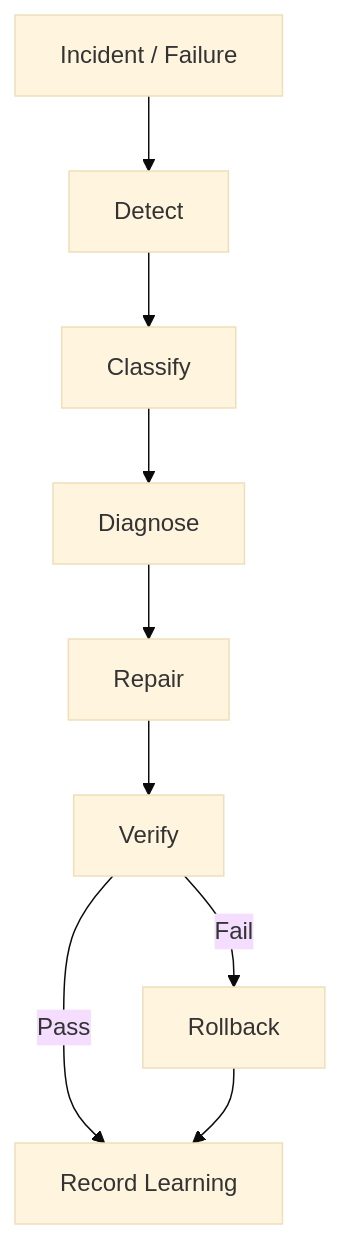
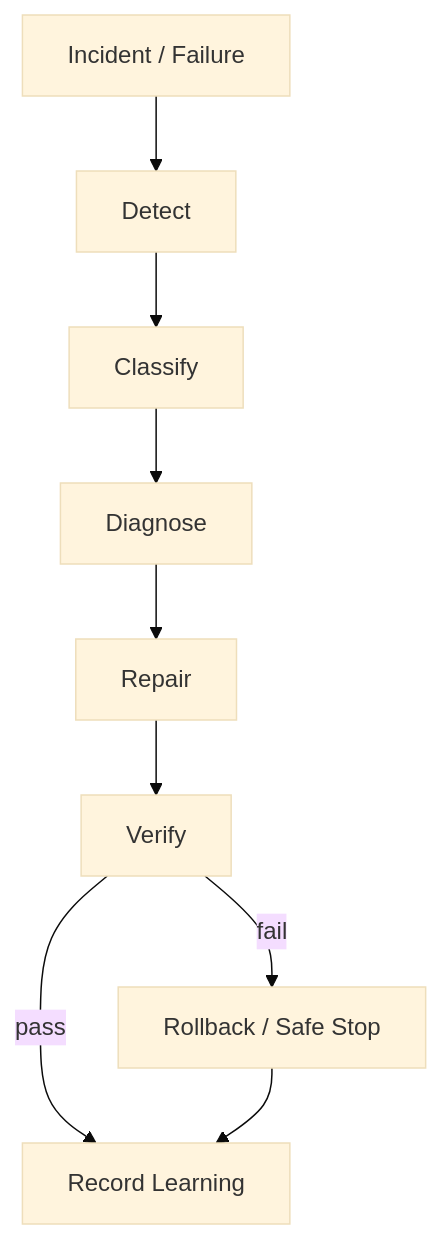
Before and after one commit to SaifulHaqueNiloy/supremeai: the eighth of 8 diagrams in README.md, drawn with Mermaid (base theme). The commit also changed other lines of this file, not shown here.

Commit message:
docs: add SupremeAI constitution and complete service architecture guide

````diff
--- a/README.md
+++ b/README.md
@@ -776,11 +1033,11 @@
 ```mermaid
 flowchart TD
-    I[Incident / Failure] --> D[Detect]
-    D --> C[Classify]
-    C --> DG[Diagnose]
-    DG --> R[Repair]
-    R --> V[Verify]
-    V -->|Pass| L[Record Learning]
-    V -->|Fail| RB[Rollback]
-    RB --> L
+    INCIDENT[Incident / Failure] --> DETECT[Detect]
+    DETECT --> CLASSIFY[Classify]
+    CLASSIFY --> DIAGNOSE[Diagnose]
+    DIAGNOSE --> REPAIR[Repair]
+    REPAIR --> VERIFY[Verify]
+    VERIFY -->|pass| LEARN[Record Learning]
+    VERIFY -->|fail| ROLLBACK[Rollback / Safe Stop]
+    ROLLBACK --> LEARN
 ```
````
